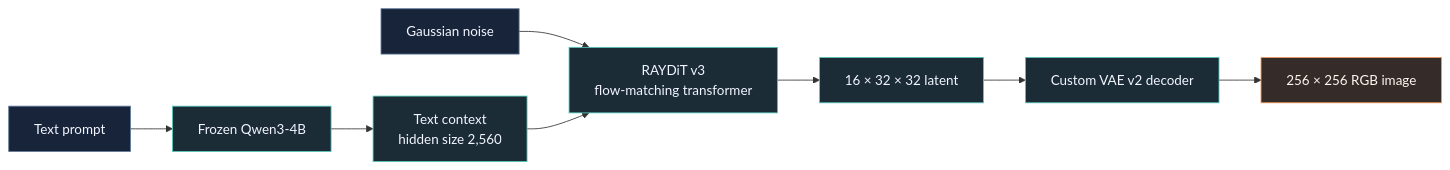
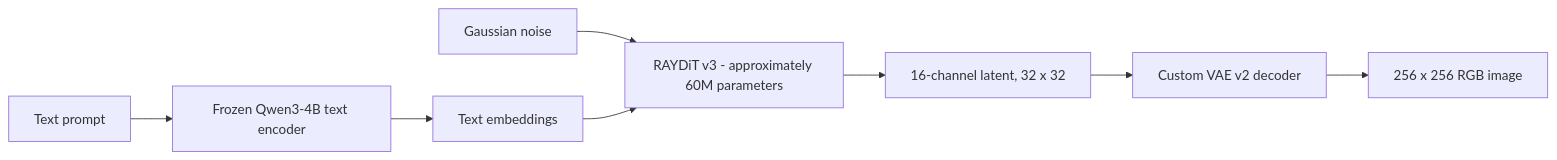
Before and after one commit to Rishidev-20thcenturey/rustes-generative-ai: the diagram in README.md, drawn with Mermaid.

Commit message:
Simplify README Mermaid architecture diagram

````diff
--- a/README.md
+++ b/README.md
@@ -76,17 +76,10 @@
-~~~mermaid
+```mermaid
 flowchart LR
-    P["Text prompt"] --> Q["Frozen Qwen3-4B"]
-    Q --> E["Text context<br/>hidden size 2,560"]
-    N["Gaussian noise"] --> D["RAYDiT v3<br/>flow-matching transformer"]
+    P[Text prompt] --> Q[Frozen Qwen3-4B text encoder]
+    Q --> E[Text embeddings]
+    N[Gaussian noise] --> D[RAYDiT v3 - approximately 60M parameters]
     E --> D
-    D --> Z["16 × 32 × 32 latent"]
-    Z --> V["Custom VAE v2 decoder"]
-    V --> I["256 × 256 RGB image"]
-
-    classDef input fill:#17243a,stroke:#617b9c,color:#f3f6ff
-    classDef model fill:#1b2c37,stroke:#57c9bc,color:#f3f6ff
-    classDef output fill:#352b29,stroke:#f59a60,color:#fff6ef
-    class P,N input
-    class Q,E,D,Z,V model
-    class I output
-~~~
+    D --> Z[16-channel latent, 32 x 32]
+    Z --> V[Custom VAE v2 decoder]
+    V --> I[256 x 256 RGB image]
+```
````
